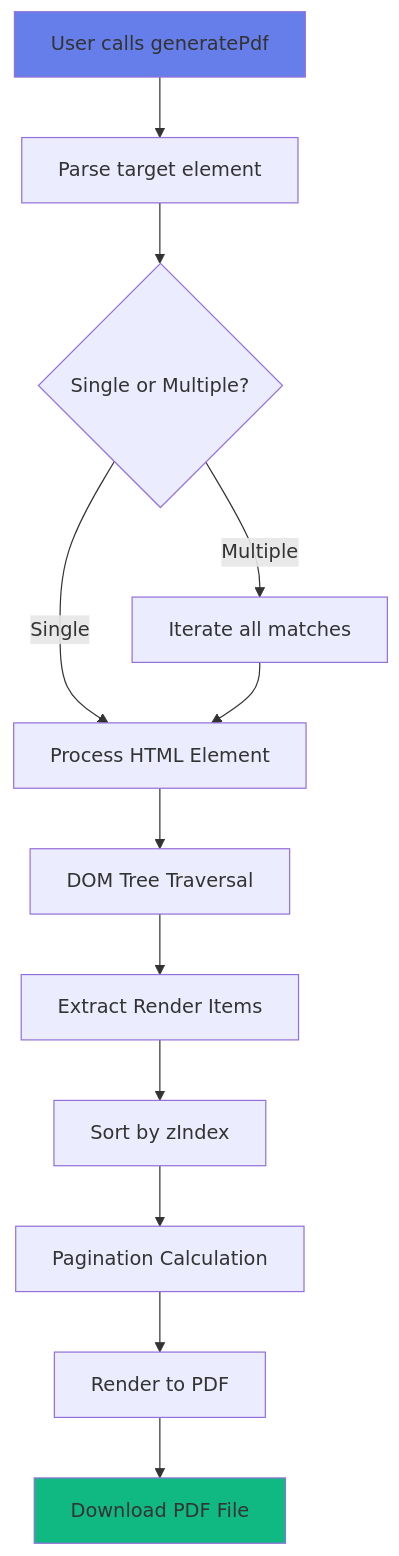
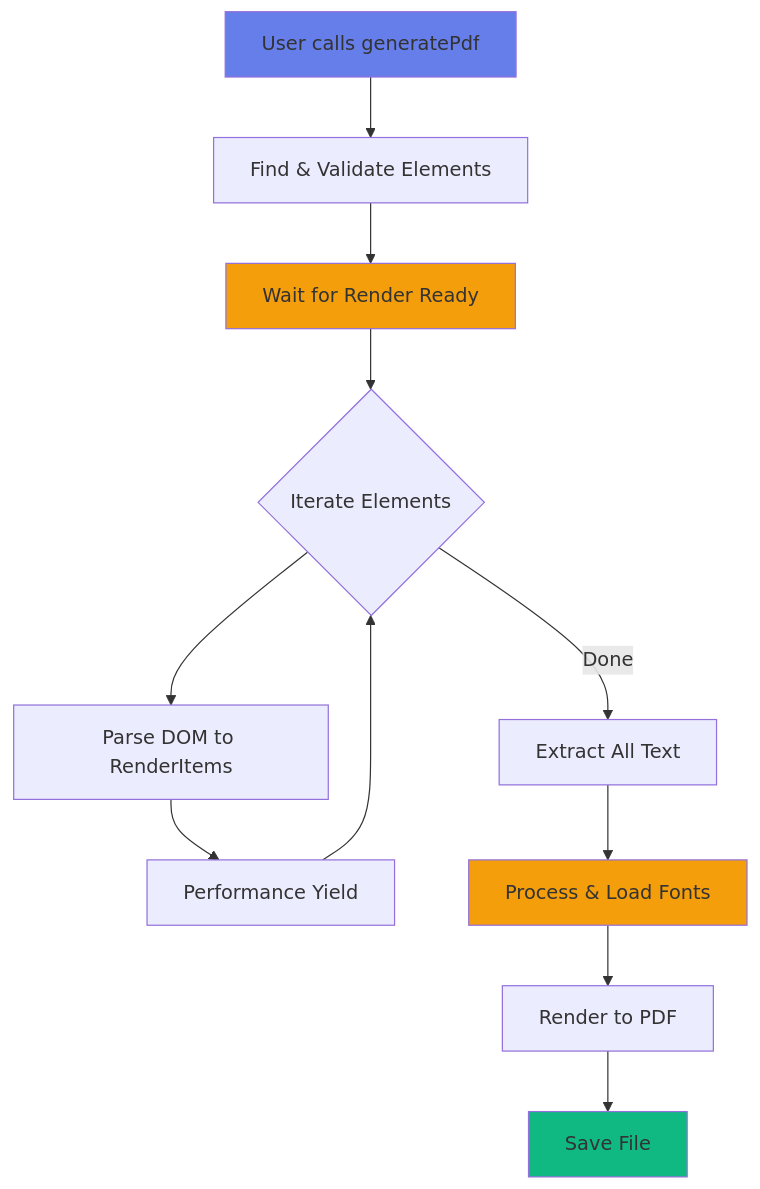
Before and after one commit to yapweijun1996/html-vector-pdf-js: the first of 4 diagrams in 0_development/html-vector-pdf-js/README.md, drawn with Mermaid. The commit also changed 2 other files, not shown here.

Commit message:
Update .md

````diff
--- a/0_development/html-vector-pdf-js/README.md
+++ b/0_development/html-vector-pdf-js/README.md
@@ -24,17 +24,18 @@
 ```mermaid
 graph TB
-    A[User calls generatePdf] --> B[Parse target element]
-    B --> C{Single or Multiple?}
-    C -->|Single| D[Process HTML Element]
-    C -->|Multiple| E[Iterate all matches]
-    E --> D
-    D --> F[DOM Tree Traversal]
-    F --> G[Extract Render Items]
-    G --> H[Sort by zIndex]
-    H --> I[Pagination Calculation]
-    I --> J[Render to PDF]
-    J --> K[Download PDF File]
+    A[User calls generatePdf] --> B[Find & Validate Elements]
+    B --> C[Wait for Render Ready]
+    C --> D{Iterate Elements}
+    D --> E[Parse DOM to RenderItems]
+    E --> F[Performance Yield]
+    F --> D
+    D -->|Done| G[Extract All Text]
+    G --> H[Process & Load Fonts]
+    H --> I[Render to PDF]
+    I --> J[Save File]
     
     style A fill:#667eea
-    style K fill:#10b981
+    style C fill:#f59e0b
+    style H fill:#f59e0b
+    style J fill:#10b981
 ```
````
